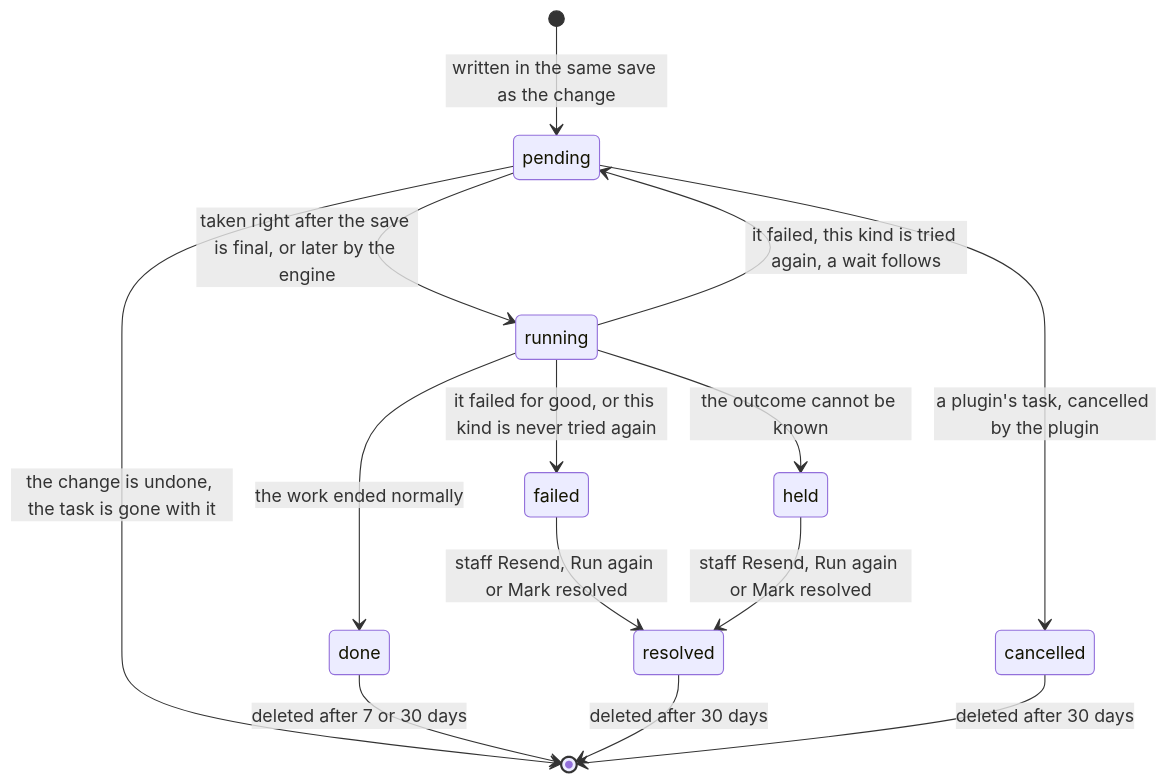
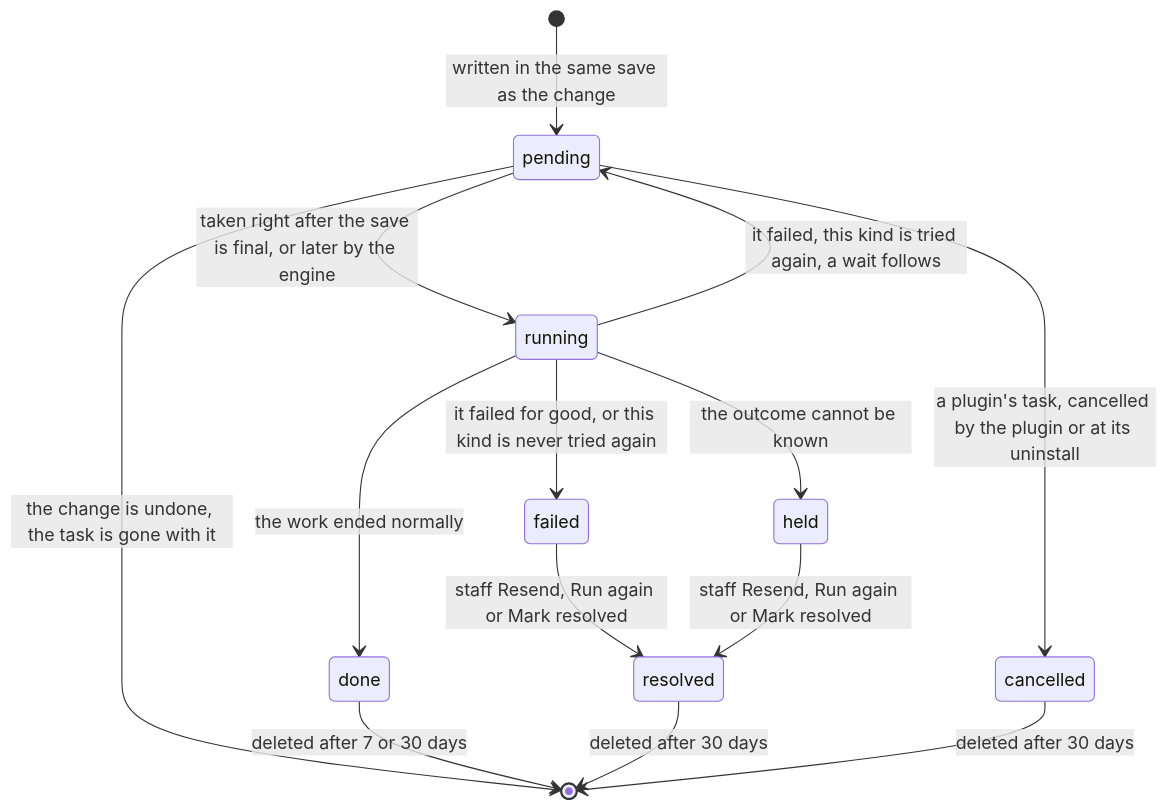
Before and after one commit to Easylogic-CO-LP/Alfa-Commerce-Manual: the second of 3 diagrams in docs/architecture/background-work.md, drawn with Mermaid. The commit also changed other lines of this file, not shown here.

````diff
--- a/docs/architecture/background-work.md
+++ b/docs/architecture/background-work.md
@@ -114,16 +116,16 @@
 ```mermaid
 stateDiagram-v2
     [*] --> pending: written in the same save as the change
     pending --> [*]: the change is undone, the task is gone with it
     pending --> running: taken right after the save is final, or later by the engine
     running --> done: the work ended normally
     running --> pending: it failed, this kind is tried again, a wait follows
     running --> failed: it failed for good, or this kind is never tried again
     running --> held: the outcome cannot be known
     failed --> resolved: staff Resend, Run again or Mark resolved
     held --> resolved: staff Resend, Run again or Mark resolved
-    pending --> cancelled: a plugin's task, cancelled by the plugin
+    pending --> cancelled: a plugin's task, cancelled by the plugin or at its uninstall
     done --> [*]: deleted after 7 or 30 days
     resolved --> [*]: deleted after 30 days
     cancelled --> [*]: deleted after 30 days
 ```
````
